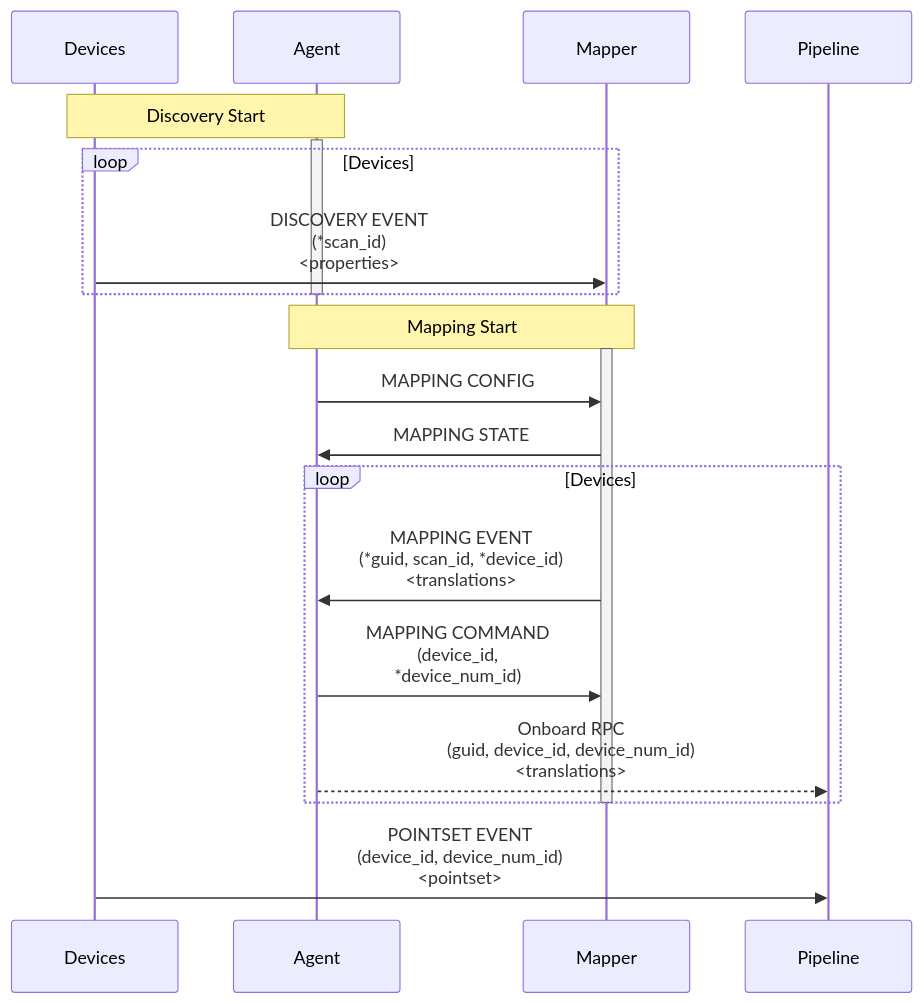
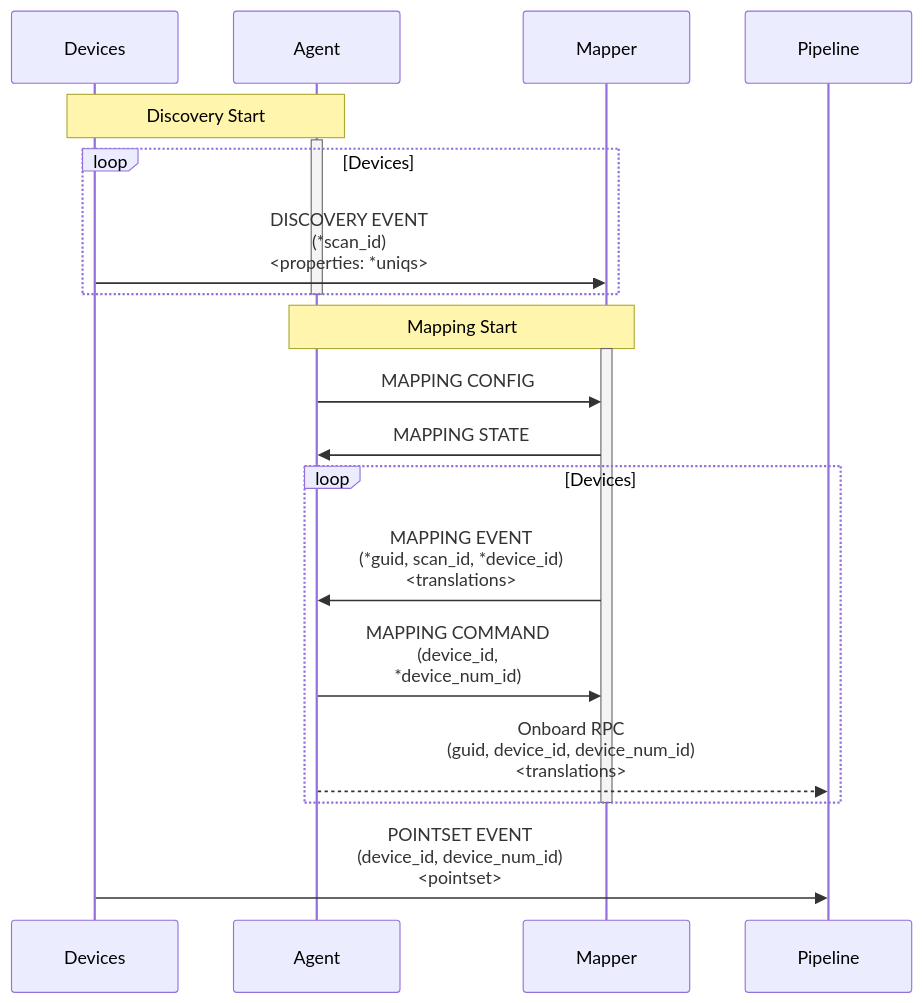
Before and after one commit to faucetsdn/udmi: the diagram in docs/specs/mapping.md, drawn with Mermaid. The commit also changed 2 other files, not shown here.

````diff
--- a/docs/specs/mapping.md
+++ b/docs/specs/mapping.md
@@ -24,25 +24,25 @@
 ```mermaid
 sequenceDiagram
   %%{wrap}%%
   participant Devices
   participant Agent
   participant Mapper
   participant Pipeline
   Note over Devices, Agent: Discovery Start
   activate Agent
   loop Devices
-    Devices->>Mapper: DISCOVERY EVENT<br/>(*scan_id)<br/><properties>
+    Devices->>Mapper: DISCOVERY EVENT<br/>(*scan_id)<br/><properties: *uniqs>
   end
   deactivate Agent
   Note over Agent, Mapper: Mapping Start
   activate Mapper
   Agent->>Mapper: MAPPING CONFIG
   Mapper->>Agent: MAPPING STATE
   loop Devices
     Mapper->>Agent: MAPPING EVENT<br/>(*guid, scan_id, *device_id)<br/><translations>
     Agent->>Mapper: MAPPING COMMAND<br/>(device_id, *device_num_id)
     Agent-->>Pipeline: Onboard RPC<br/>(guid, device_id, device_num_id)<br/><translations>
   end
   deactivate Mapper
   Devices->>Pipeline: POINTSET EVENT<br/>(device_id, device_num_id)<br/><pointset>
 ```
````
